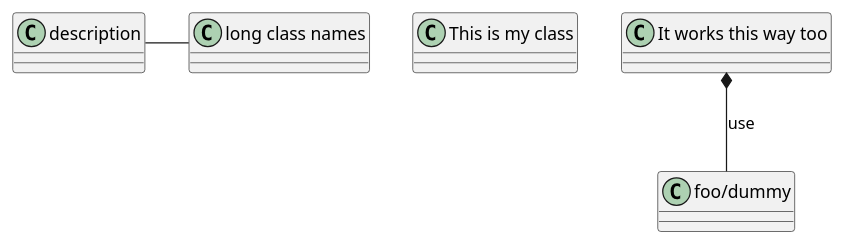
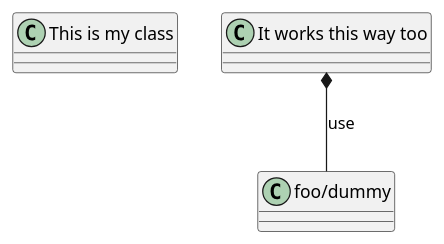
Diagram 15 of 38 in PlantUML/클래스-다이어그램.md (sogeuni/_wiki), drawn with PlantUML before and after one commit. The commit also changed other lines of this file, not shown here.

Commit message:
Updated 클래스 다이어그램 (markdown)

```diff
--- a/PlantUML/클래스-다이어그램.md
+++ b/PlantUML/클래스-다이어그램.md
@@ -522,7 +508,6 @@
 @startuml
-description - "long class names"
 class "This is my class" as class1
 class class2 as "It works this way too"
 
 class2 *-- "foo/dummy" : use
 @enduml
```
